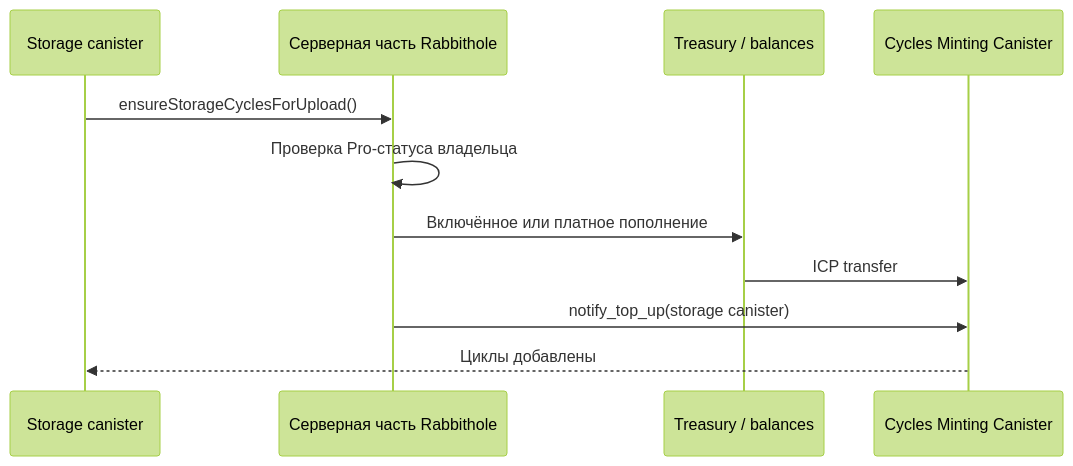
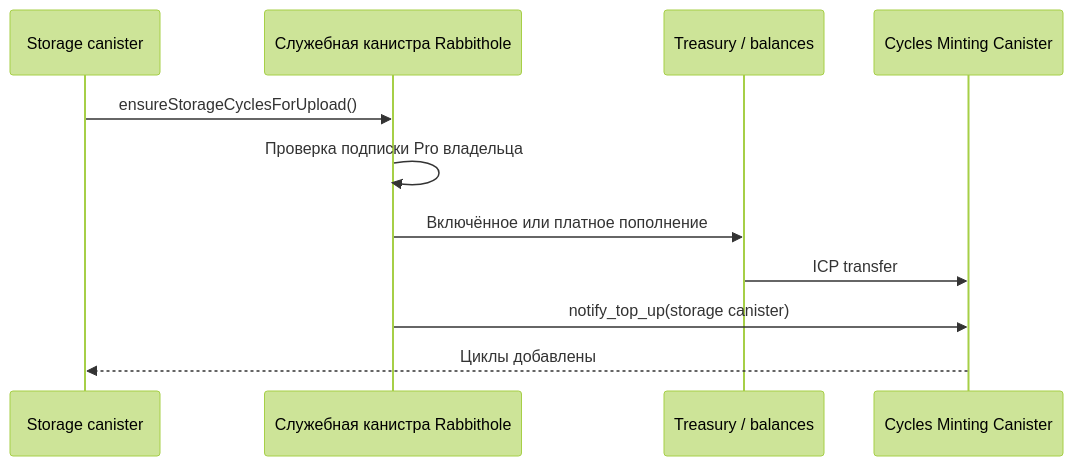
Before and after one commit to rabbithole-app/v2: the second of 3 diagrams in apps/docs/src/ru/how-it-works/payment.md, drawn with Mermaid (forest theme). The commit also changed other lines of this file and 35 other files, not shown here.

````diff
--- a/apps/docs/src/ru/how-it-works/payment.md
+++ b/apps/docs/src/ru/how-it-works/payment.md
@@ -222,14 +232,14 @@
 ```mermaid
 sequenceDiagram
     participant S as Storage canister
-    participant B as Серверная часть Rabbithole
+    participant B as Служебная канистра Rabbithole
     participant T as Treasury / balances
     participant CMC as Cycles Minting Canister
 
     S->>B: ensureStorageCyclesForUpload()
-    B->>B: Проверка Pro-статуса владельца
+    B->>B: Проверка подписки Pro владельца
     B->>T: Включённое или платное пополнение
     T->>CMC: ICP transfer
     B->>CMC: notify_top_up(storage canister)
     CMC-->>S: Циклы добавлены
 ```
````
